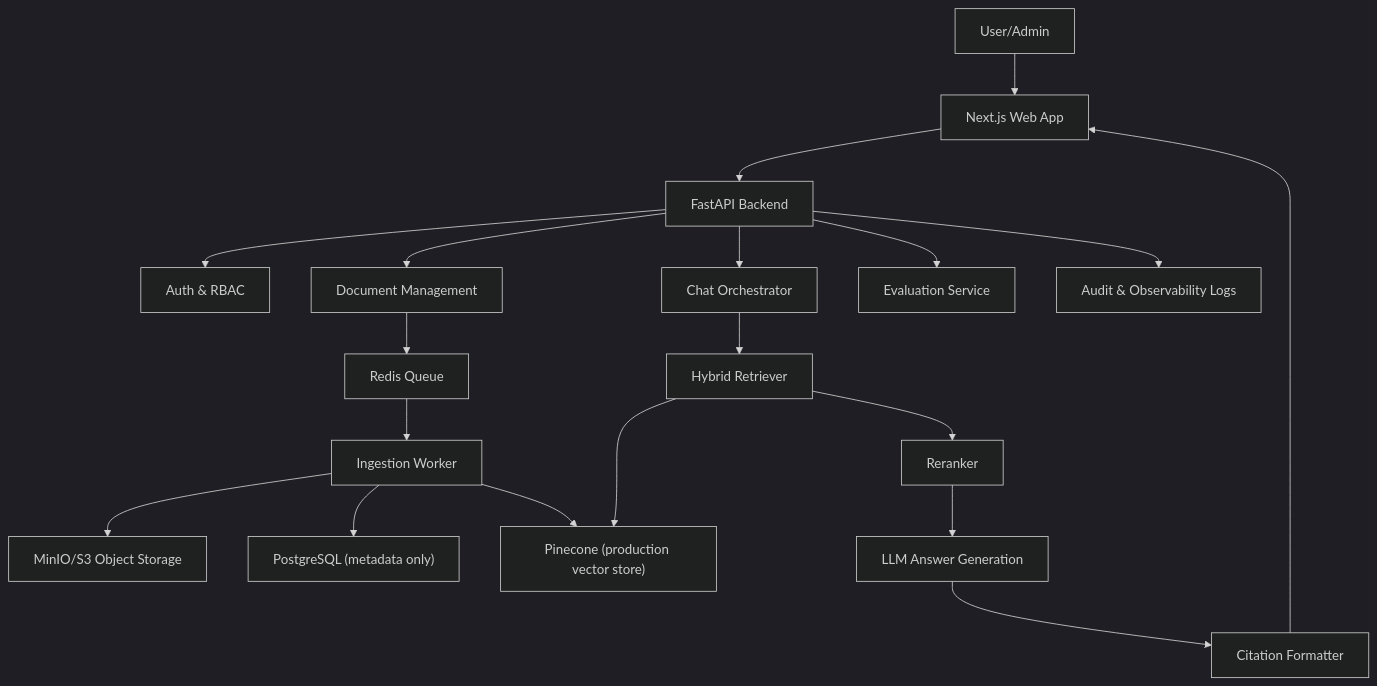
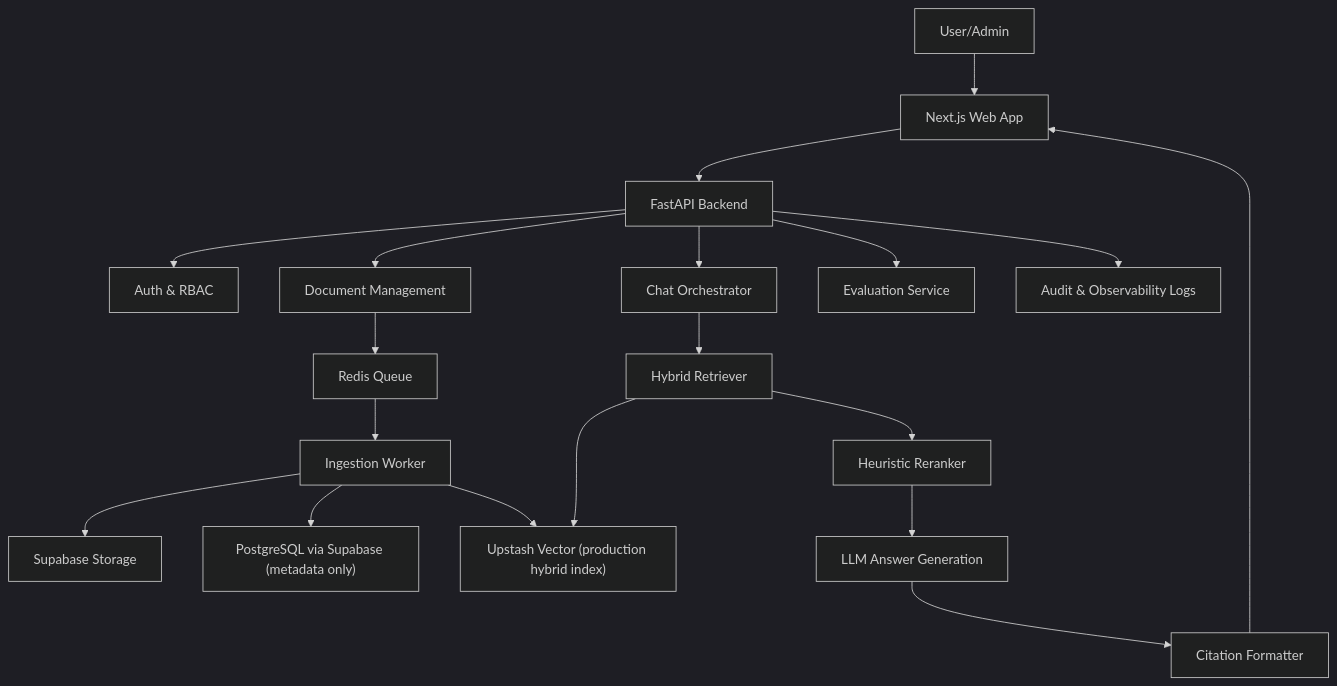
The first of 3 diagrams in docs/ARCHITECTURE.md (alfandoo/kerjapedia-ai), drawn with Mermaid (dark theme) before and after one commit. The commit also changed other lines of this file and 76 other files, not shown here.

````diff
--- a/docs/ARCHITECTURE.md
+++ b/docs/ARCHITECTURE.md
@@ -7,21 +7,21 @@
 ```mermaid
 flowchart TD
     user["User/Admin"] --> web["Next.js Web App"]
     web --> api["FastAPI Backend"]
     api --> auth["Auth & RBAC"]
     api --> chat["Chat Orchestrator"]
     api --> docs["Document Management"]
     api --> eval["Evaluation Service"]
     docs --> queue["Redis Queue"]
     queue --> worker["Ingestion Worker"]
-    worker --> object["MinIO/S3 Object Storage"]
-    worker --> postgres["PostgreSQL (metadata only)"]
-    worker --> pinecone["Pinecone (production vector store)"]
+    worker --> object["Supabase Storage"]
+    worker --> postgres["PostgreSQL via Supabase (metadata only)"]
+    worker --> upstash["Upstash Vector (production hybrid index)"]
     chat --> retriever["Hybrid Retriever"]
-    retriever --> pinecone
-    retriever --> reranker["Reranker"]
+    retriever --> upstash
+    retriever --> reranker["Heuristic Reranker"]
     reranker --> llm["LLM Answer Generation"]
     llm --> citations["Citation Formatter"]
     citations --> web
     api --> audit["Audit & Observability Logs"]
 ```
````
